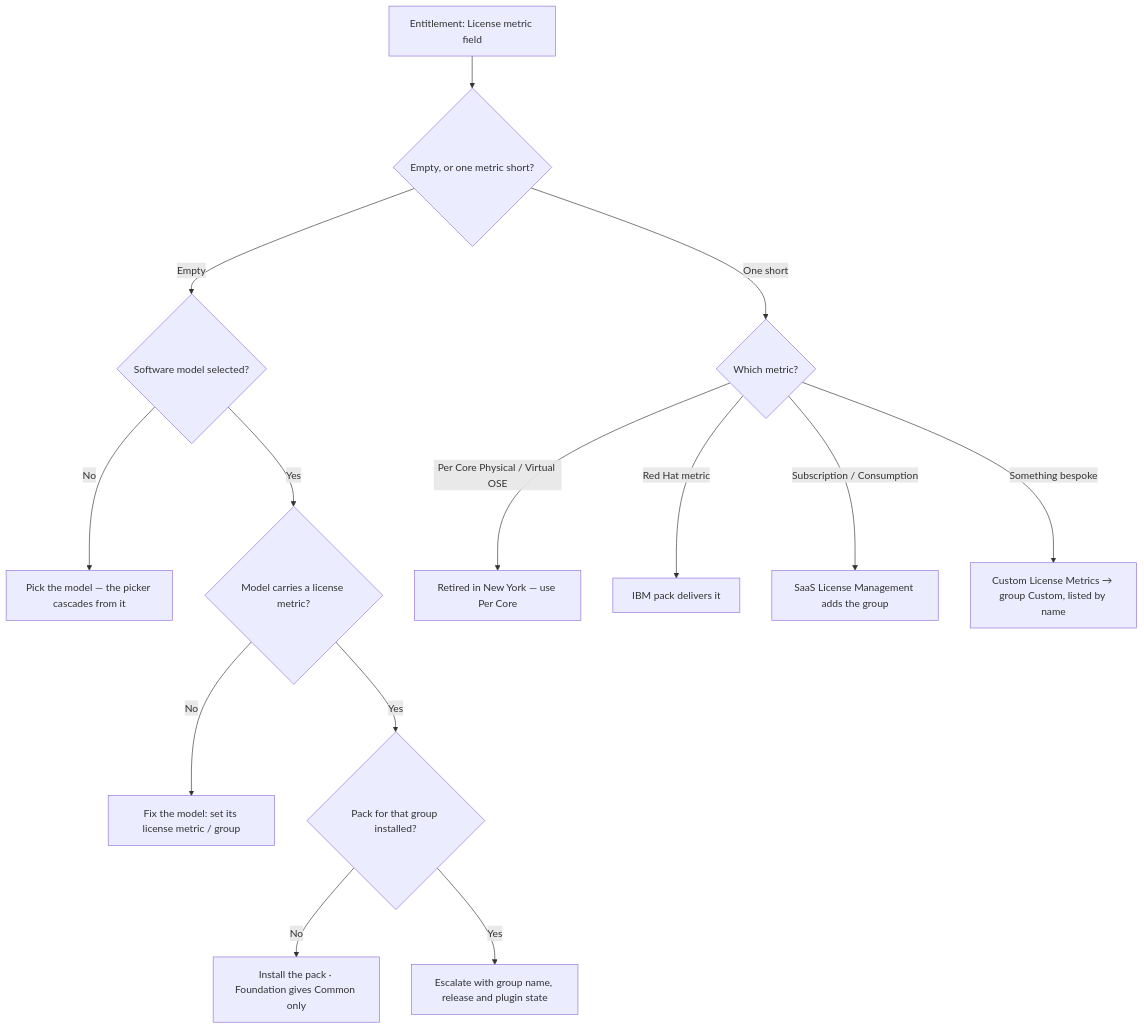
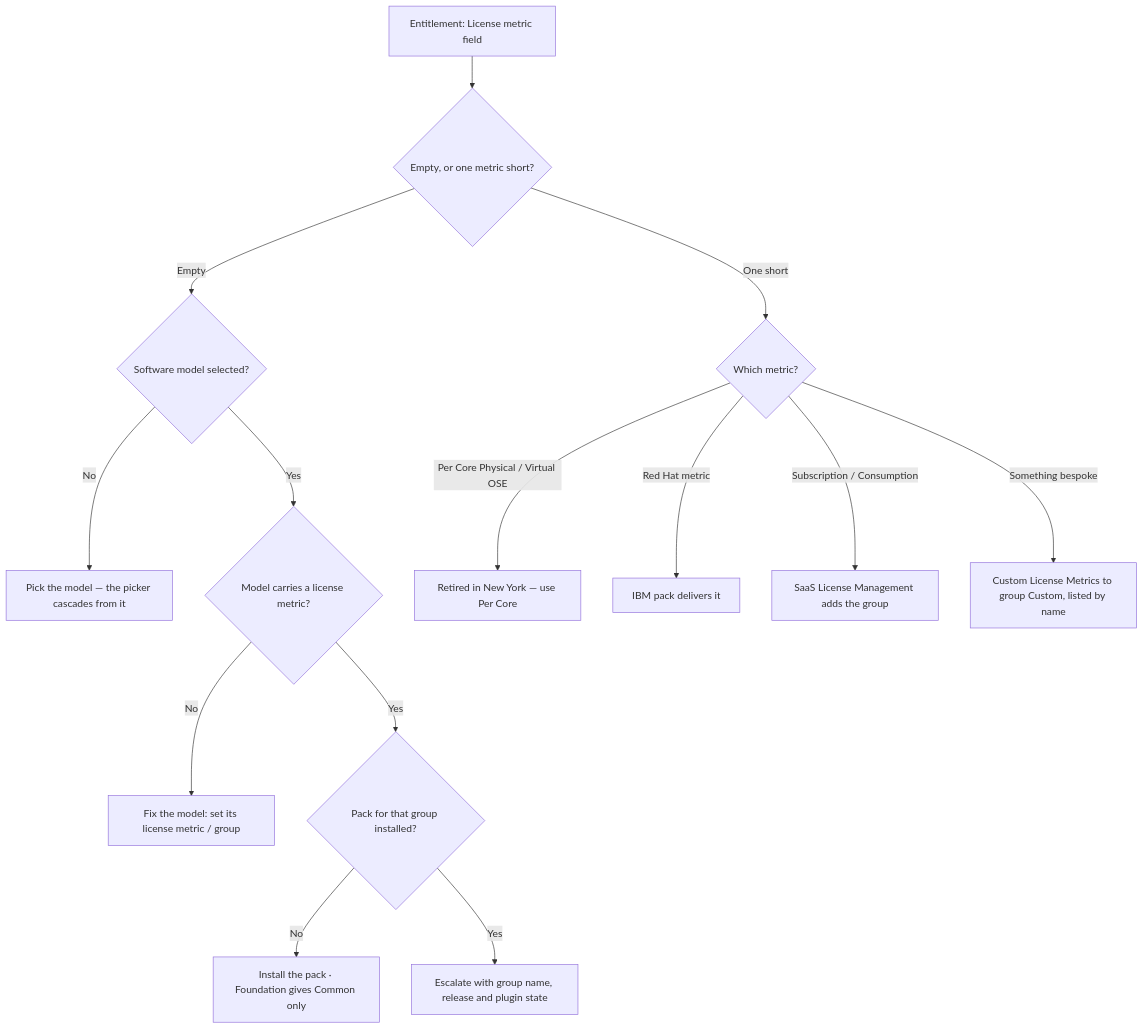
Before and after one commit to eltonaguiar/ServiceNow_Learning_TSOM-_CSM_FSM_SalesCRM_HAM_ITSM: the fourth of 8 diagrams in docs/modules/sam/sam-guide.md, drawn with Mermaid. The commit also changed 18 other files, not shown here.

First line of the commit message:
Fix all Mermaid diagram syntax errors across the site

````diff
--- a/docs/modules/sam/sam-guide.md
+++ b/docs/modules/sam/sam-guide.md
@@ -550,16 +550,16 @@
 ```mermaid
 flowchart TD
     A[Entitlement: License metric field] --> B{Empty, or one metric short?}
     B -->|Empty| C{Software model selected?}
     C -->|No| C1[Pick the model — the picker cascades from it]
     C -->|Yes| D{Model carries a license metric?}
     D -->|No| D1[Fix the model: set its license metric / group]
     D -->|Yes| E{Pack for that group installed?}
     E -->|No| E1[Install the pack · Foundation gives Common only]
     E -->|Yes| E2[Escalate with group name, release and plugin state]
     B -->|One short| F{Which metric?}
     F -->|Per Core Physical / Virtual OSE| F1[Retired in New York — use Per Core]
     F -->|Red Hat metric| F2[IBM pack delivers it]
     F -->|Subscription / Consumption| F3[SaaS License Management adds the group]
-    F -->|Something bespoke| G[Custom License Metrics → group Custom, listed by name]
+    F -->|Something bespoke| G[Custom License Metrics to group Custom, listed by name]
 ```
````
